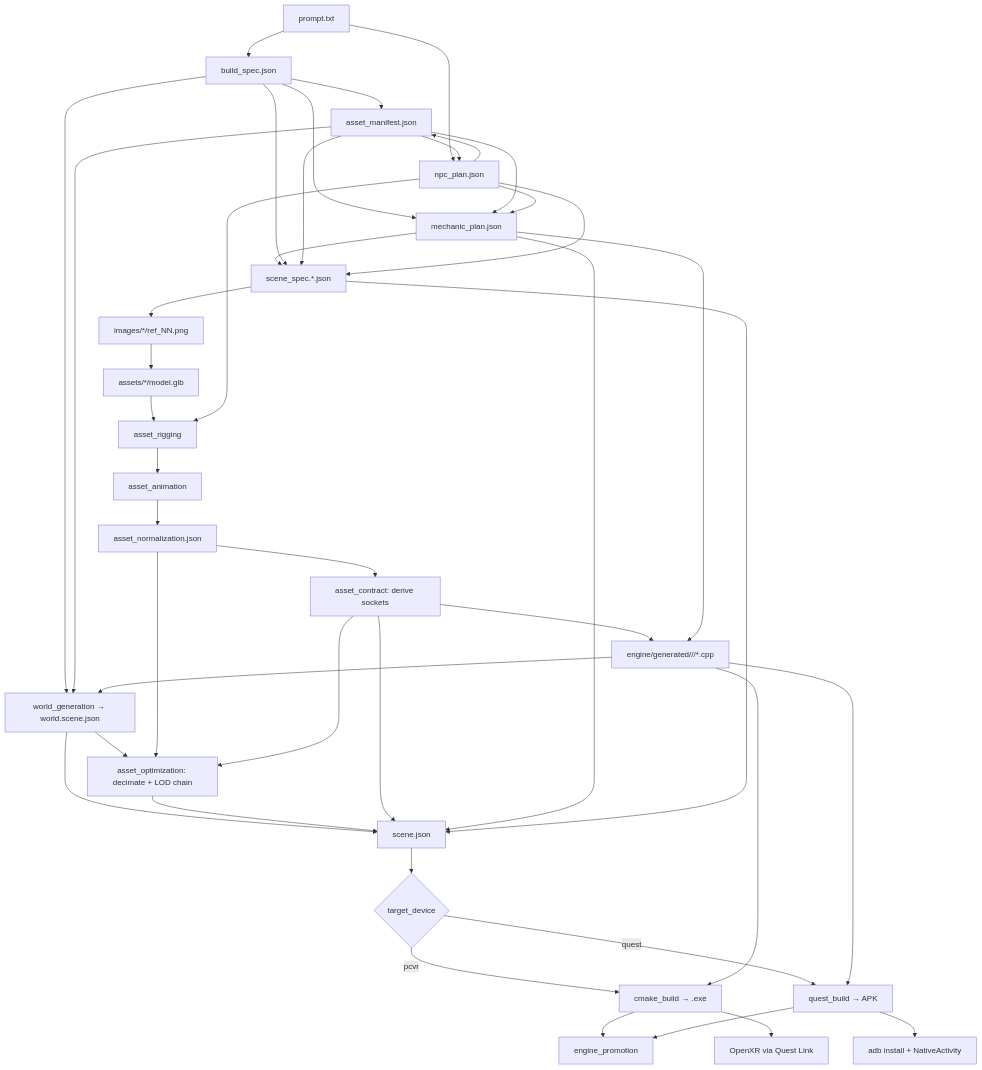
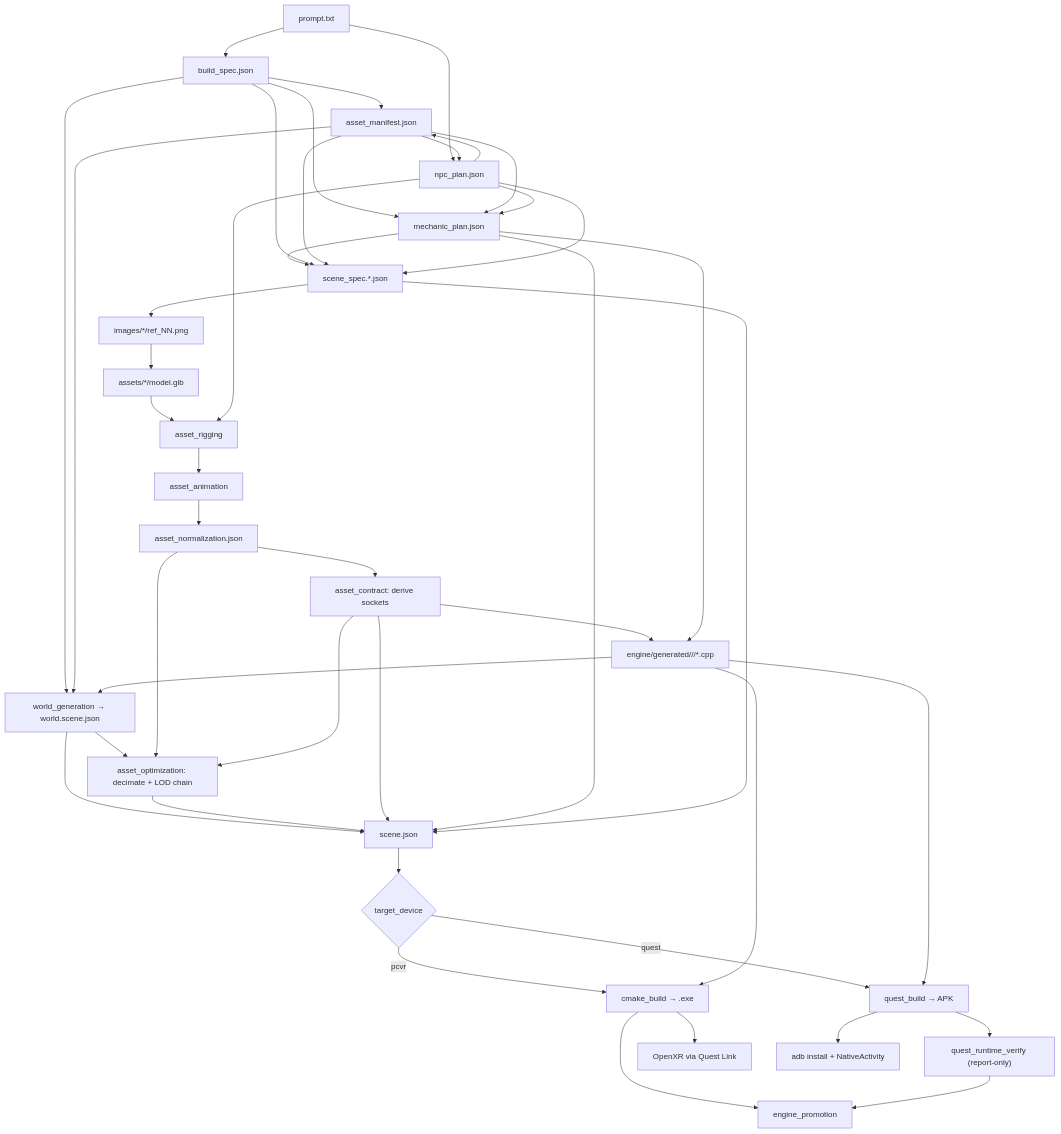
The diagram in docs/architecture.md (FriimanTech/Prompt-To-VR), drawn with Mermaid before and after one commit. The commit also changed 58 other files, not shown here.

````diff
--- a/docs/architecture.md
+++ b/docs/architecture.md
@@ -46,44 +46,45 @@
 ```mermaid
 flowchart TD
   Prompt[prompt.txt] --> BuildSpec[build_spec.json]
   BuildSpec --> AssetManifest[asset_manifest.json]
   Prompt --> NpcPlan[npc_plan.json]
   AssetManifest --> NpcPlan
   NpcPlan --> AssetManifest
   BuildSpec --> MechanicPlan[mechanic_plan.json]
   AssetManifest --> MechanicPlan
   NpcPlan --> MechanicPlan
   MechanicPlan --> SceneSpec[scene_spec.*.json]
   BuildSpec --> SceneSpec
   AssetManifest --> SceneSpec
   NpcPlan --> SceneSpec
   SceneSpec --> Refs[images/*/ref_NN.png]
   Refs --> Tripo[assets/*/model.glb]
   Tripo --> Rigging[asset_rigging]
   Rigging --> Animation[asset_animation]
   Animation --> Normalize[asset_normalization.json]
   NpcPlan --> Rigging
   Normalize --> Contract["asset_contract: derive sockets"]
   Contract --> CppGen
   MechanicPlan --> CppGen["engine/generated/<kind>/<project_id>/*.cpp"]
   BuildSpec --> WorldGen
   AssetManifest --> WorldGen
   CppGen --> WorldGen[world_generation → world.scene.json]
   WorldGen --> Optimize["asset_optimization: decimate + LOD chain"]
   Normalize --> Optimize
   Contract --> Optimize
   WorldGen --> SceneCompile[scene.json]
   Optimize --> SceneCompile
   Contract --> SceneCompile
   MechanicPlan --> SceneCompile
   SceneSpec --> SceneCompile
   SceneCompile --> BuildTail{target_device}
   BuildTail -->|pcvr| CMake[cmake_build → .exe]
   BuildTail -->|quest| QuestApk[quest_build → APK]
   CppGen --> CMake
   CppGen --> QuestApk
   CMake --> Promote[engine_promotion]
-  QuestApk --> Promote
+  QuestApk --> QuestVerify["quest_runtime_verify (report-only)"]
+  QuestVerify --> Promote
   CMake --> Launch[OpenXR via Quest Link]
   QuestApk --> AdbLaunch[adb install + NativeActivity]
 ```
````
